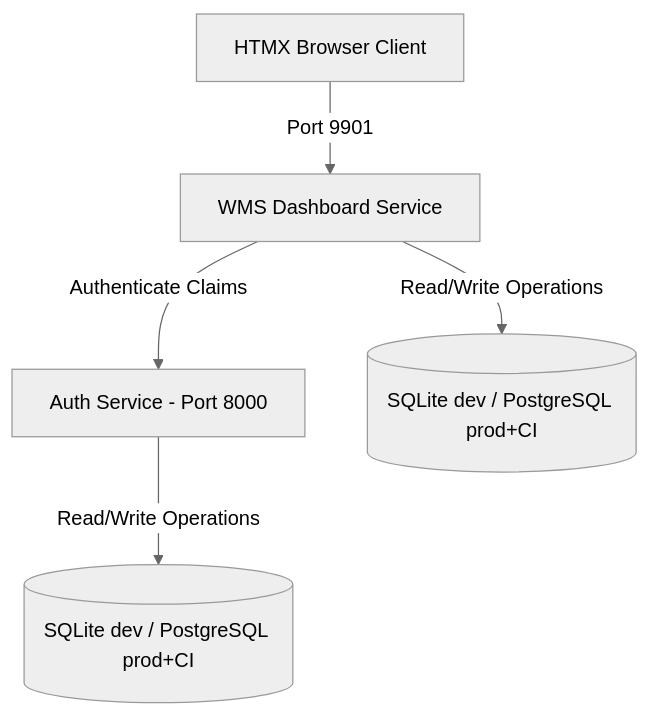
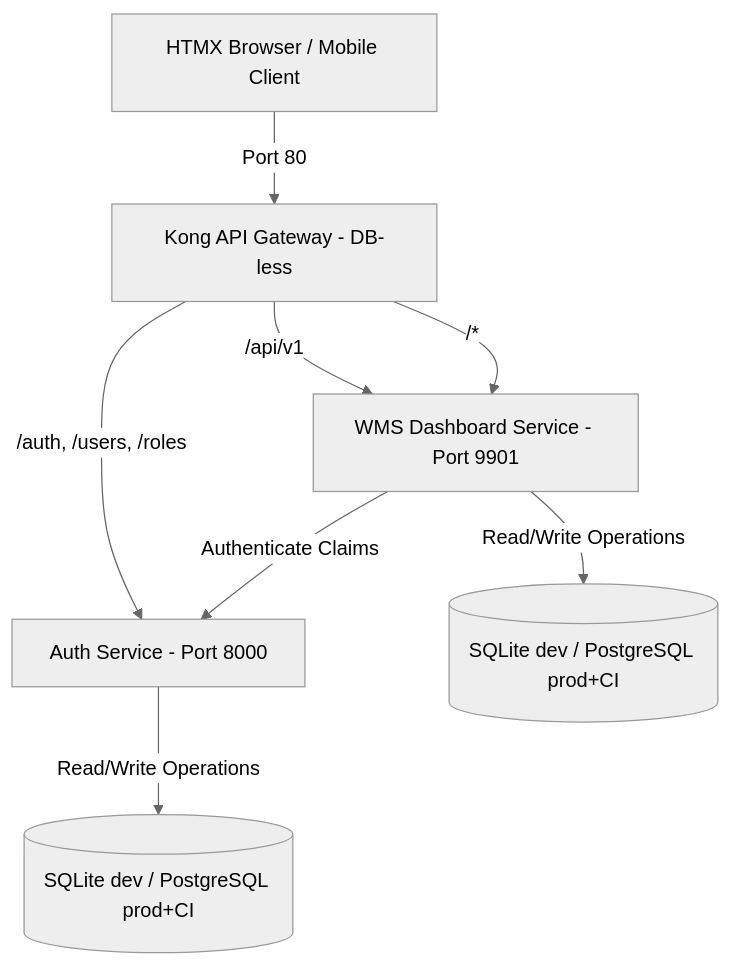
One commit to novianr90/omnisync_wms changed the diagram in AGENT.md. Above: the diagram before and after it, drawn with Mermaid (neutral theme). The commit also changed other lines of this file and 3 other files, not shown here.

First line of the commit message:
refactor: use kong as api-gateway (#69)

````diff
--- a/AGENT.md
+++ b/AGENT.md
@@ -11,7 +11,10 @@
 ```mermaid
 graph TD
-    Client[HTMX Browser Client] -->|Port 9901| Dashboard[WMS Dashboard Service]
-    Dashboard -->|Authenticate Claims| AuthService[Auth Service - Port 8000]
-    Dashboard -->|Read/Write Operations| WMSDB[(SQLite dev / PostgreSQL prod+CI)]
+    Client[HTMX Browser / Mobile Client] -->|Port 80| Kong[Kong API Gateway - DB-less]
+    Kong -->|/auth, /users, /roles| AuthService[Auth Service - Port 8000]
+    Kong -->|/api/v1| WMSDashboard[WMS Dashboard Service - Port 9901]
+    Kong -->|/*| WMSDashboard
+    WMSDashboard -->|Authenticate Claims| AuthService
+    WMSDashboard -->|Read/Write Operations| WMSDB[(SQLite dev / PostgreSQL prod+CI)]
     AuthService -->|Read/Write Operations| AuthDB[(SQLite dev / PostgreSQL prod+CI)]
 ```
````
